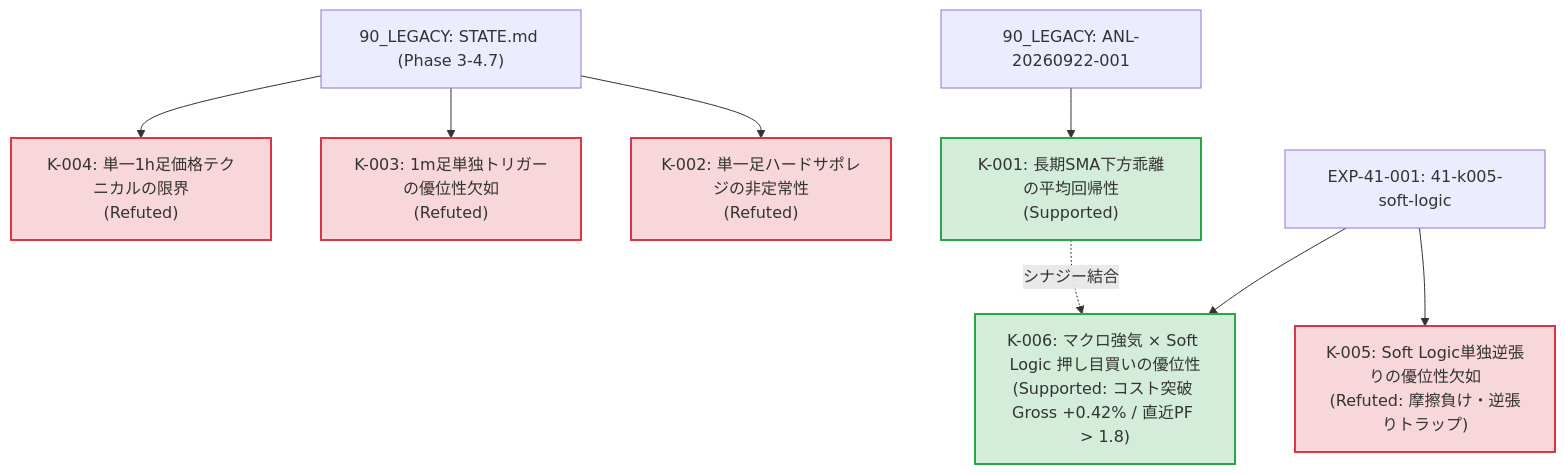
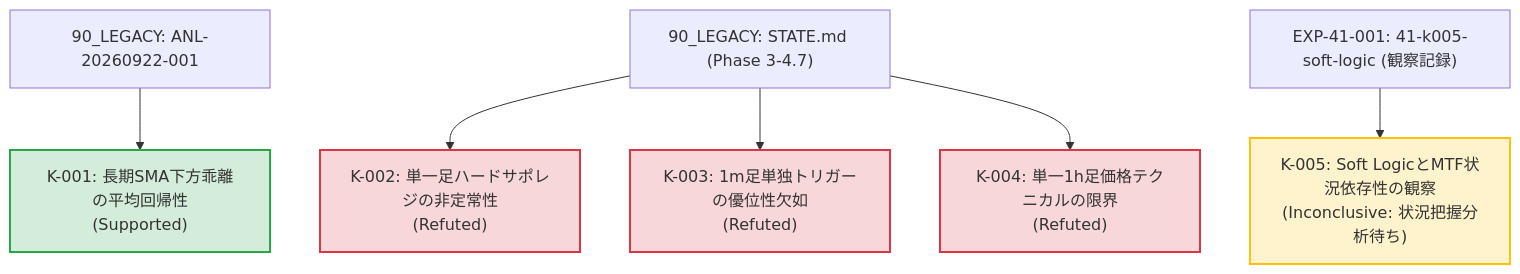
One commit to makagi/MTF_AI_Trade changed the diagram in 03_KNOWLEDGE/knowledge-lineage.md. Above: the diagram before and after it, drawn with Mermaid. The commit also changed other lines of this file and 1 other file, not shown here.

Commit message:
refactor(analysis): refocus on observation and postpone premature conclusion (K-005 inconclusive)

````diff
--- a/03_KNOWLEDGE/knowledge-lineage.md
+++ b/03_KNOWLEDGE/knowledge-lineage.md
@@ -28,21 +28,18 @@
 ```mermaid
 graph TD
     classDef supported fill:#d4edda,stroke:#28a745,stroke-width:2px;
     classDef refuted fill:#f8d7da,stroke:#dc3545,stroke-width:2px;
     classDef inconclusive fill:#fff3cd,stroke:#ffc107,stroke-width:2px;
 
     K001["K-001: 長期SMA下方乖離の平均回帰性<br/>(Supported)"]:::supported
     K002["K-002: 単一足ハードサポレジの非定常性<br/>(Refuted)"]:::refuted
     K003["K-003: 1m足単独トリガーの優位性欠如<br/>(Refuted)"]:::refuted
     K004["K-004: 単一1h足価格テクニカルの限界<br/>(Refuted)"]:::refuted
-    K005["K-005: Soft Logic単独逆張りの優位性欠如<br/>(Refuted: 摩擦負け・逆張りトラップ)"]:::refuted
-    K006["K-006: マクロ強気 × Soft Logic 押し目買いの優位性<br/>(Supported: コスト突破 Gross +0.42% / 直近PF > 1.8)"]:::supported
+    K005["K-005: Soft LogicとMTF状況依存性の観察<br/>(Inconclusive: 状況把握分析待ち)"]:::inconclusive
 
     LEG_ANL1["90_LEGACY: ANL-20260922-001"] --> K001
     LEG_STATE["90_LEGACY: STATE.md (Phase 3-4.7)"] --> K002
     LEG_STATE --> K003
     LEG_STATE --> K004
-    EXP041["EXP-41-001: 41-k005-soft-logic"] --> K005
-    EXP041 --> K006
-    K001 -.->|シナジー結合| K006
+    EXP041["EXP-41-001: 41-k005-soft-logic (観察記録)"] --> K005
 ```
````
